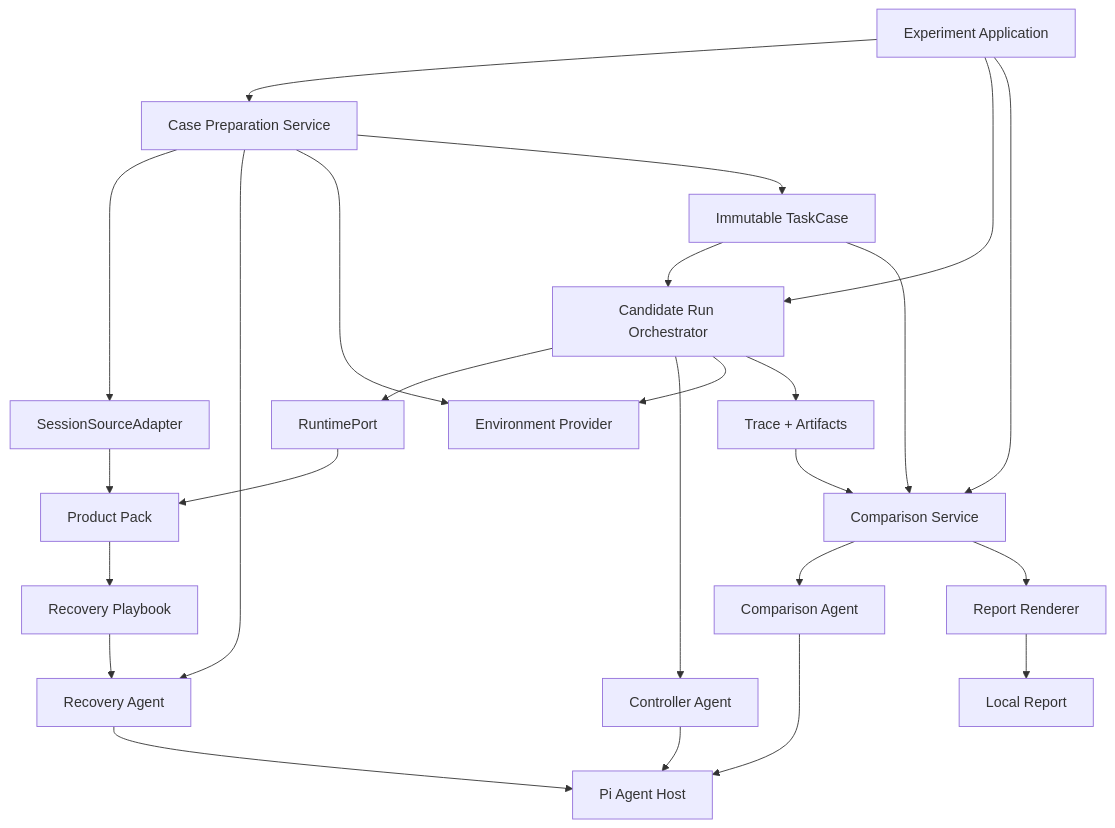
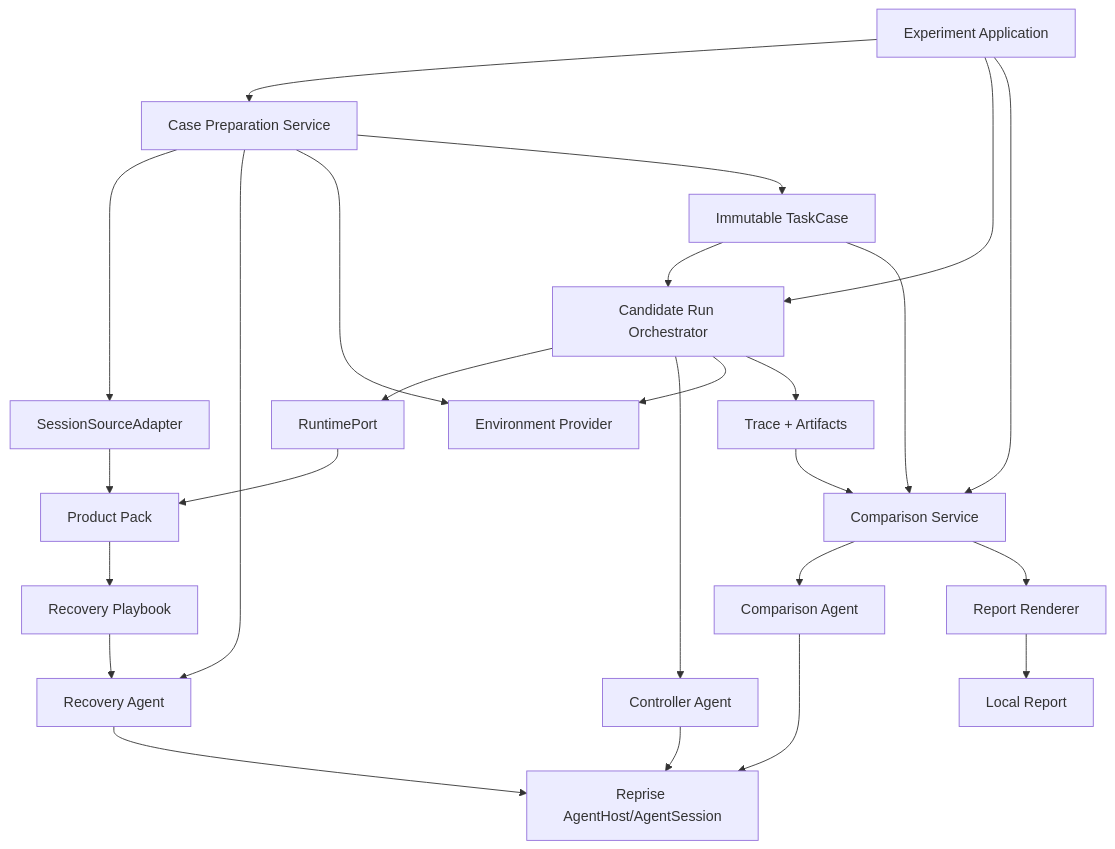
Before and after one commit to caulif/Reprise: the first of 2 diagrams in docs/architecture/overview.md, drawn with Mermaid. The commit also changed other lines of this file and 258 other files, not shown here.

First line of the commit message:
feat: land AgentHost foundation and role-owned agent modules

````diff
--- a/docs/architecture/overview.md
+++ b/docs/architecture/overview.md
@@ -43,33 +43,33 @@
 ```mermaid
 flowchart TB
     APP[Experiment Application] --> PREP[Case Preparation Service]
     APP --> RUN[Candidate Run Orchestrator]
     APP --> COMPARE[Comparison Service]
 
     PREP --> SOURCE[SessionSourceAdapter]
     PREP --> RECOVERY[Recovery Agent]
     PREP --> ENV[Environment Provider]
 
     RUN --> RUNTIME[RuntimePort]
     RUN --> CTRL[Controller Agent]
     RUN --> ENV
     RUN --> TRACE[Trace + Artifacts]
 
     COMPARE --> COMPARISON[Comparison Agent]
     COMPARE --> RENDERER[Report Renderer]
 
-    RECOVERY --> PI[Pi Agent Host]
+    RECOVERY --> PI[Reprise AgentHost/AgentSession]
     CTRL --> PI
     COMPARISON --> PI
 
     SOURCE --> PACK[Product Pack]
     RUNTIME --> PACK
     PACK --> PLAYBOOK[Recovery Playbook]
     PLAYBOOK --> RECOVERY
 
     PREP --> CASE[Immutable TaskCase]
     CASE --> RUN
     CASE --> COMPARE
     TRACE --> COMPARE
     RENDERER --> USER[Local Report]
 ```
````
